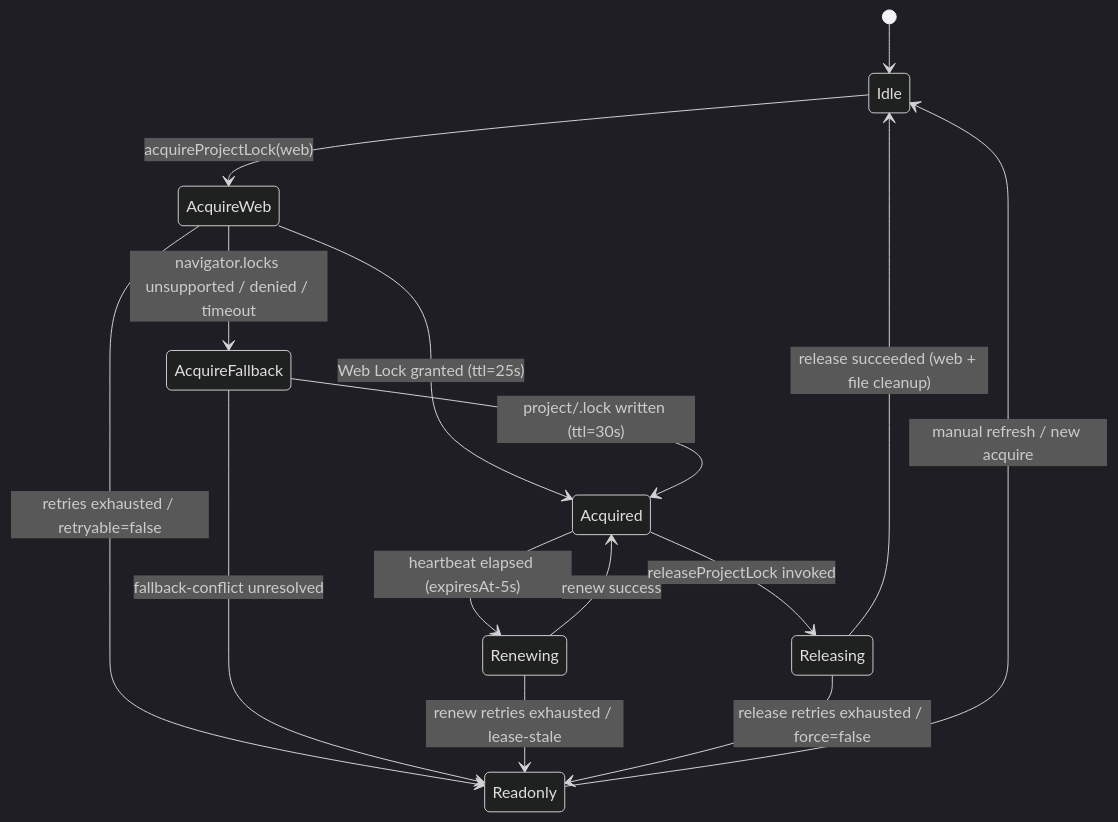
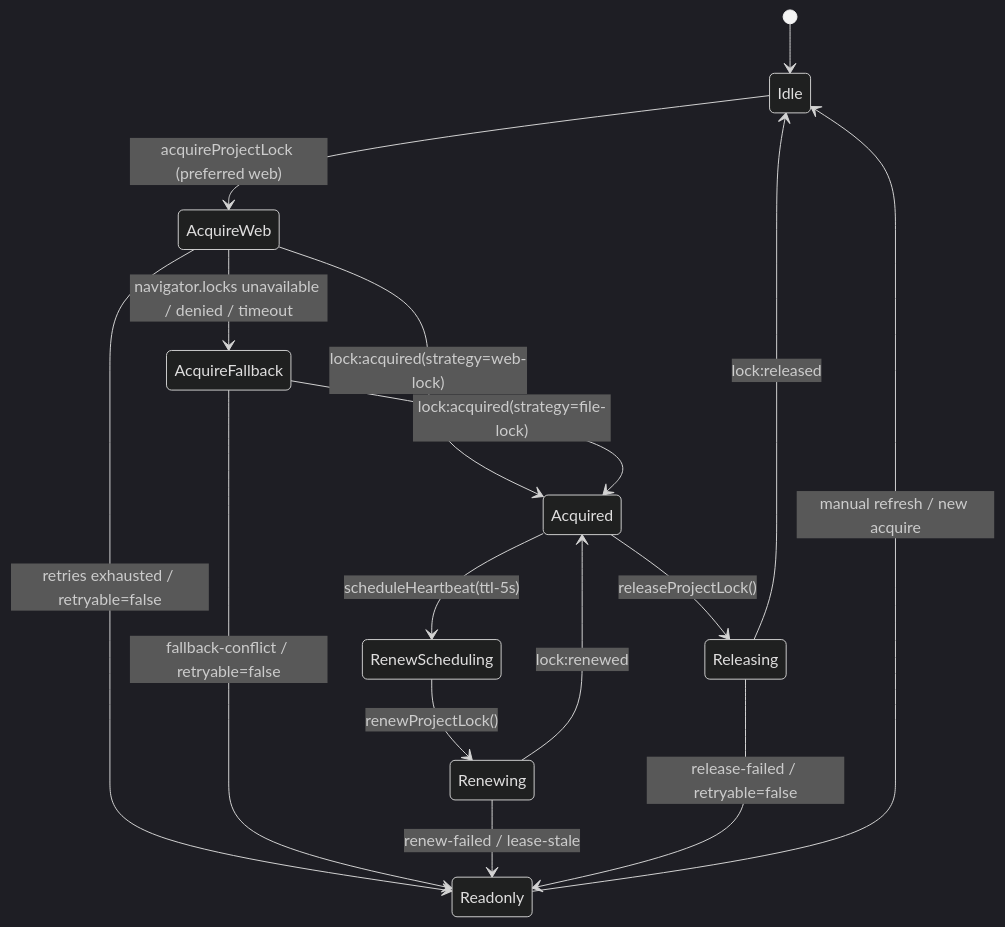
Before and after one commit to RNA4219/Conimgponic: the diagram in docs/design/autosave/project-locks.md, drawn with Mermaid (dark theme). The commit also changed other lines of this file, not shown here.

Commit message:
docs: sync project lock design guidance

````diff
--- a/docs/design/autosave/project-locks.md
+++ b/docs/design/autosave/project-locks.md
@@ -97,17 +23,18 @@
 ```mermaid
 stateDiagram-v2
     [*] --> Idle
-    Idle --> AcquireWeb: acquireProjectLock(web)
-    AcquireWeb --> AcquireFallback: navigator.locks unsupported / denied / timeout
-    AcquireWeb --> Acquired: Web Lock granted (ttl=25s)
-    AcquireFallback --> Acquired: project/.lock written (ttl=30s)
+    Idle --> AcquireWeb: acquireProjectLock (preferred web)
+    AcquireWeb --> AcquireFallback: navigator.locks unavailable / denied / timeout
+    AcquireWeb --> Acquired: lock:acquired(strategy=web-lock)
+    AcquireFallback --> Acquired: lock:acquired(strategy=file-lock)
     AcquireWeb --> Readonly: retries exhausted / retryable=false
-    AcquireFallback --> Readonly: fallback-conflict unresolved
-    Acquired --> Renewing: heartbeat elapsed (expiresAt-5s)
-    Renewing --> Acquired: renew success
-    Renewing --> Readonly: renew retries exhausted / lease-stale
-    Acquired --> Releasing: releaseProjectLock invoked
-    Releasing --> Idle: release succeeded (web + file cleanup)
-    Releasing --> Readonly: release retries exhausted / force=false
+    AcquireFallback --> Readonly: fallback-conflict / retryable=false
+    Acquired --> RenewScheduling: scheduleHeartbeat(ttl-5s)
+    RenewScheduling --> Renewing: renewProjectLock()
+    Renewing --> Acquired: lock:renewed
+    Renewing --> Readonly: renew-failed / lease-stale
+    Acquired --> Releasing: releaseProjectLock()
+    Releasing --> Idle: lock:released
+    Releasing --> Readonly: release-failed / retryable=false
     Readonly --> Idle: manual refresh / new acquire
 ```
````
